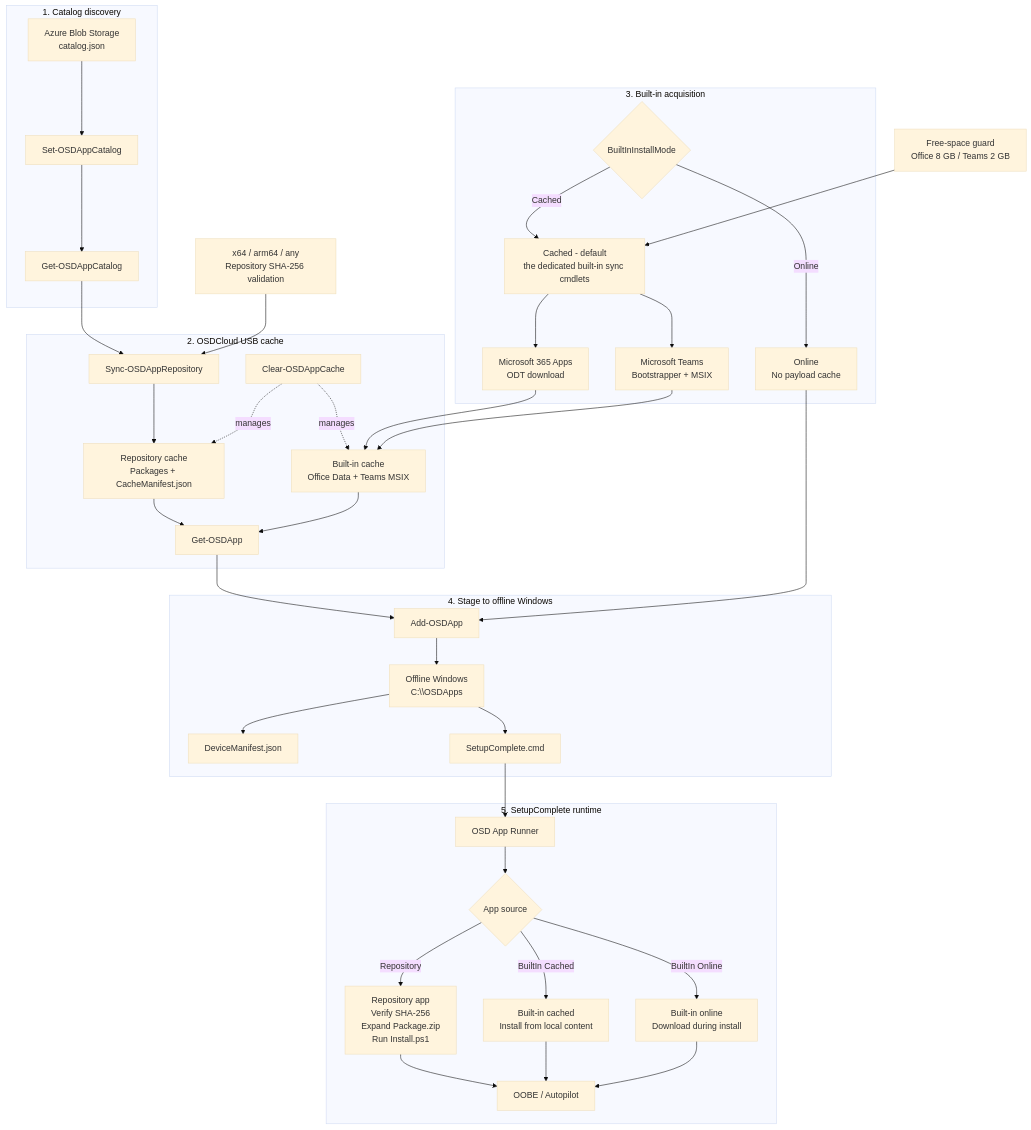
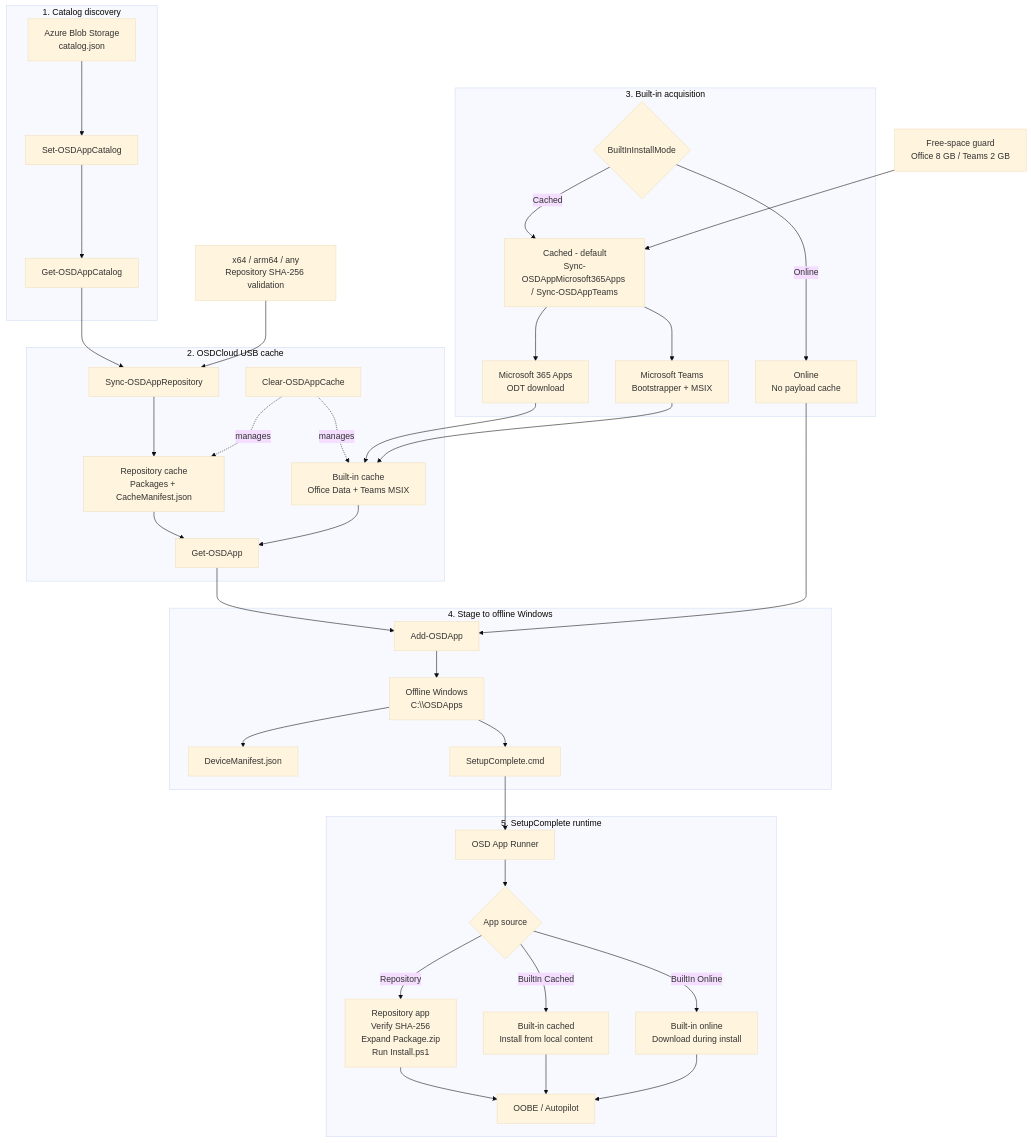
The diagram in README.md (roryvossepoel/OSDAppClient), drawn with Mermaid (base theme) before and after one commit. The commit also changed other lines of this file, not shown here.

Commit message:
Align README with dedicated built-in sync and pre-install refresh lifecycle

````diff
--- a/README.md
+++ b/README.md
@@ -10,74 +10,74 @@
 ```mermaid
 flowchart TB
     subgraph DISCOVERY["1. Catalog discovery"]
         A[Azure Blob Storage<br/>catalog.json]
         B[Set-OSDAppCatalog]
         C[Get-OSDAppCatalog]
         A --> B --> C
     end
 
     subgraph USB["2. OSDCloud USB cache"]
         D[Sync-OSDAppRepository]
         E[Repository cache<br/>Packages + CacheManifest.json]
         F[Built-in cache<br/>Office Data + Teams MSIX]
         G[Get-OSDApp]
         H[Clear-OSDAppCache]
 
         D --> E
         E --> G
         F --> G
         H -. manages .-> E
         H -. manages .-> F
     end
 
     subgraph BUILTINS["3. Built-in acquisition"]
         I{BuiltInInstallMode}
-        J[Cached - default<br/>the dedicated built-in sync cmdlets]
+        J[Cached - default<br/>Sync-OSDAppMicrosoft365Apps / Sync-OSDAppTeams]
         K[Online<br/>No payload cache]
         L[Microsoft 365 Apps<br/>ODT download]
         M[Microsoft Teams<br/>Bootstrapper + MSIX]
 
         I -->|Cached| J
         I -->|Online| K
         J --> L
         J --> M
         L --> F
         M --> F
     end
 
     subgraph STAGE["4. Stage to offline Windows"]
         N[Add-OSDApp]
         O[Offline Windows<br/>C:\\OSDApps]
         P[DeviceManifest.json]
         Q[SetupComplete.cmd]
 
         N --> O
         O --> P
         O --> Q
     end
 
     subgraph RUNTIME["5. SetupComplete runtime"]
         R[OSD App Runner]
         S{App source}
         T[Repository app<br/>Verify SHA-256<br/>Expand Package.zip<br/>Run Install.ps1]
         U[Built-in cached<br/>Install from local content]
         V[Built-in online<br/>Download during install]
         W[OOBE / Autopilot]
 
         R --> S
         S -->|Repository| T
         S -->|BuiltIn Cached| U
         S -->|BuiltIn Online| V
         T --> W
         U --> W
         V --> W
     end
 
     C --> D
     G --> N
     K --> N
     Q --> R
 
     X[x64 / arm64 / any<br/>Repository SHA-256 validation] --> D
     Y[Free-space guard<br/>Office 8 GB / Teams 2 GB] --> J
 ```
````
